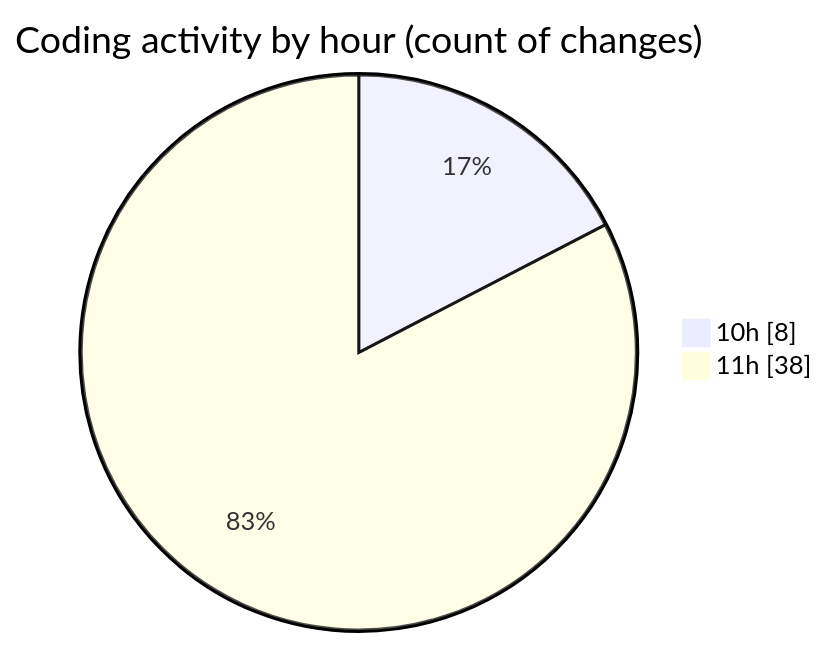
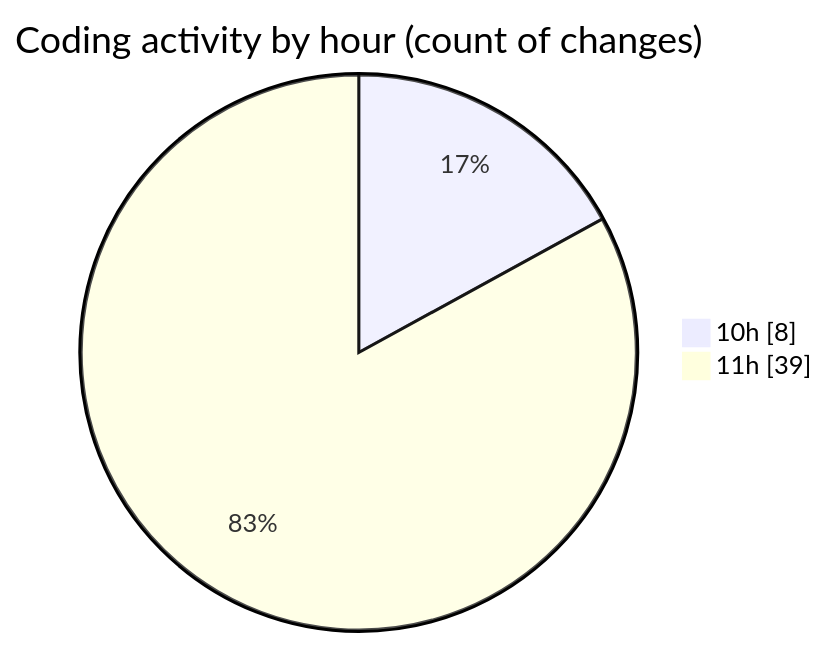
The second of 2 diagrams in 2026-10-13/cda/README.md (momahboobian/code-tracking), drawn with Mermaid before and after one commit. The commit also changed other lines of this file and 1 other file, not shown here.

````diff
--- a/2026-10-13/cda/README.md
+++ b/2026-10-13/cda/README.md
@@ -45,6 +45,6 @@
 ```mermaid
 pie showData
 title Coding activity by hour (count of changes)
 "10h" : 8
-"11h" : 38
+"11h" : 39
 ```
````
